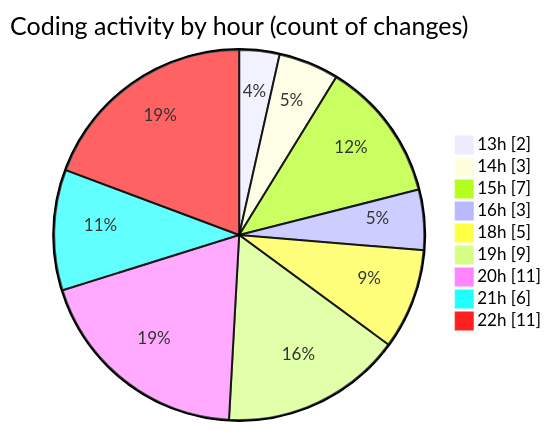
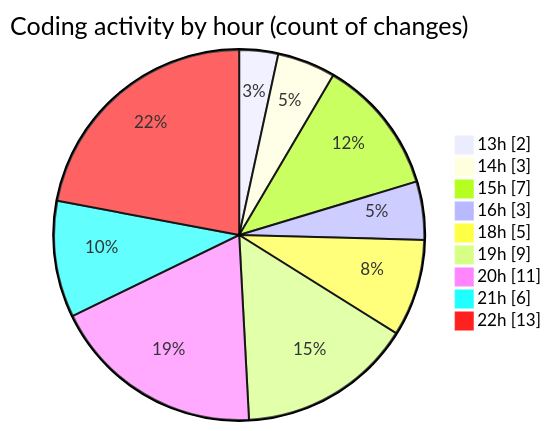
The second of 2 diagrams in 2025-11-14/cdp_aleoudev_fr__workspace_/README.md (julien-gomy/code-tracking), drawn with Mermaid before and after one commit. The commit also changed other lines of this file and 1 other file, not shown here.

````diff
--- a/2025-11-14/cdp_aleoudev_fr__workspace_/README.md
+++ b/2025-11-14/cdp_aleoudev_fr__workspace_/README.md
@@ -44,13 +44,13 @@
 ```mermaid
 pie showData
 title Coding activity by hour (count of changes)
 "13h" : 2
 "14h" : 3
 "15h" : 7
 "16h" : 3
 "18h" : 5
 "19h" : 9
 "20h" : 11
 "21h" : 6
-"22h" : 11
+"22h" : 13
 ```
````
